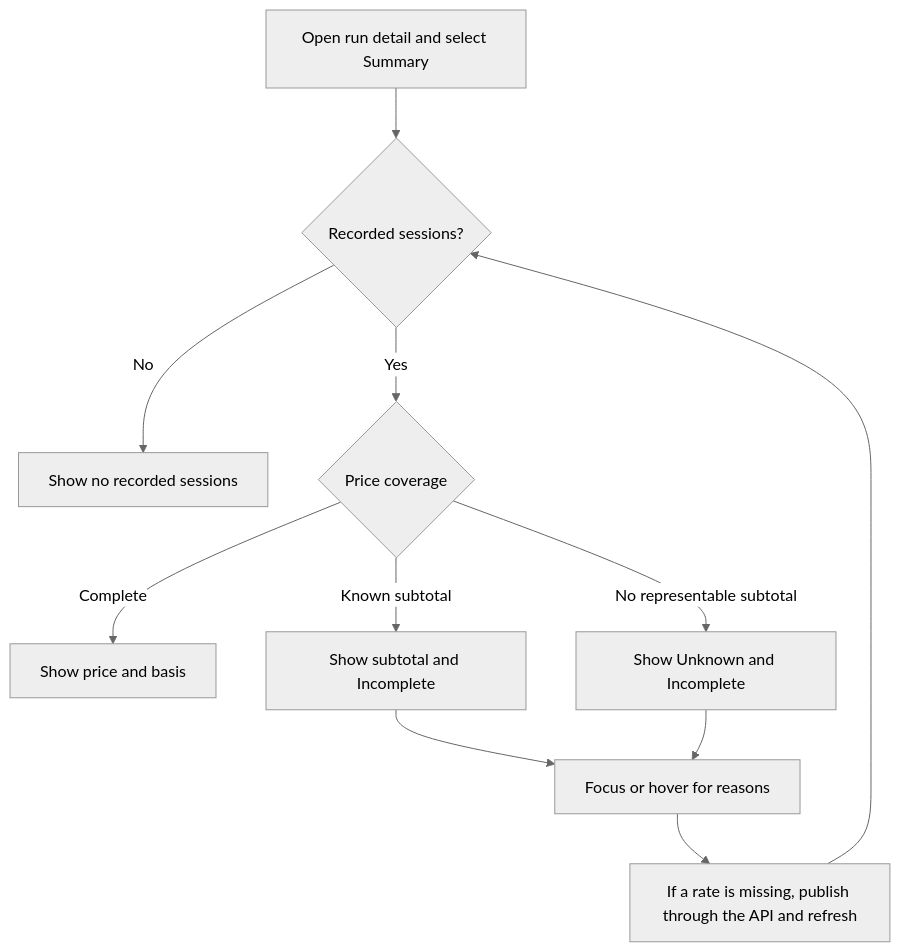
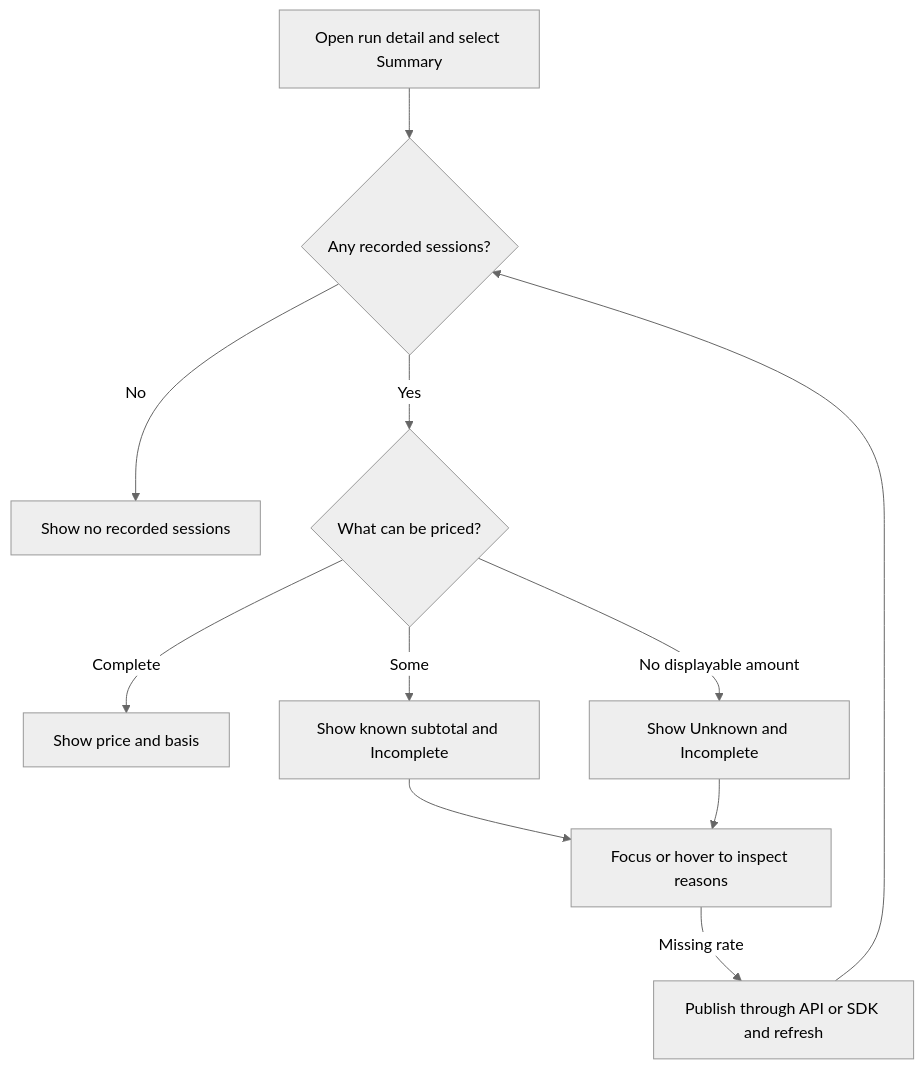
The first of 3 diagrams in context-human/specs/feature-cache-aware-session-cost.md (markdstafford/autocatalyst), drawn with Mermaid (neutral theme) before and after one commit. The commit also changed other lines of this file, not shown here.

````diff
--- a/context-human/specs/feature-cache-aware-session-cost.md
+++ b/context-human/specs/feature-cache-aware-session-cost.md
@@ -74,13 +74,13 @@
 ```mermaid
 flowchart TD
-    A[Open run detail and select Summary] --> B{Recorded sessions?}
+    A[Open run detail and select Summary] --> B{Any recorded sessions?}
     B -->|No| C[Show no recorded sessions]
-    B -->|Yes| D{Price coverage}
+    B -->|Yes| D{What can be priced?}
     D -->|Complete| E[Show price and basis]
-    D -->|Known subtotal| F[Show subtotal and Incomplete]
-    D -->|No representable subtotal| G[Show Unknown and Incomplete]
-    F --> H[Focus or hover for reasons]
+    D -->|Some| F[Show known subtotal and Incomplete]
+    D -->|No displayable amount| G[Show Unknown and Incomplete]
+    F --> H[Focus or hover to inspect reasons]
     G --> H
-    H --> I[If a rate is missing, publish through the API and refresh]
+    H -->|Missing rate| I[Publish through API or SDK and refresh]
     I --> B
 ```
````
